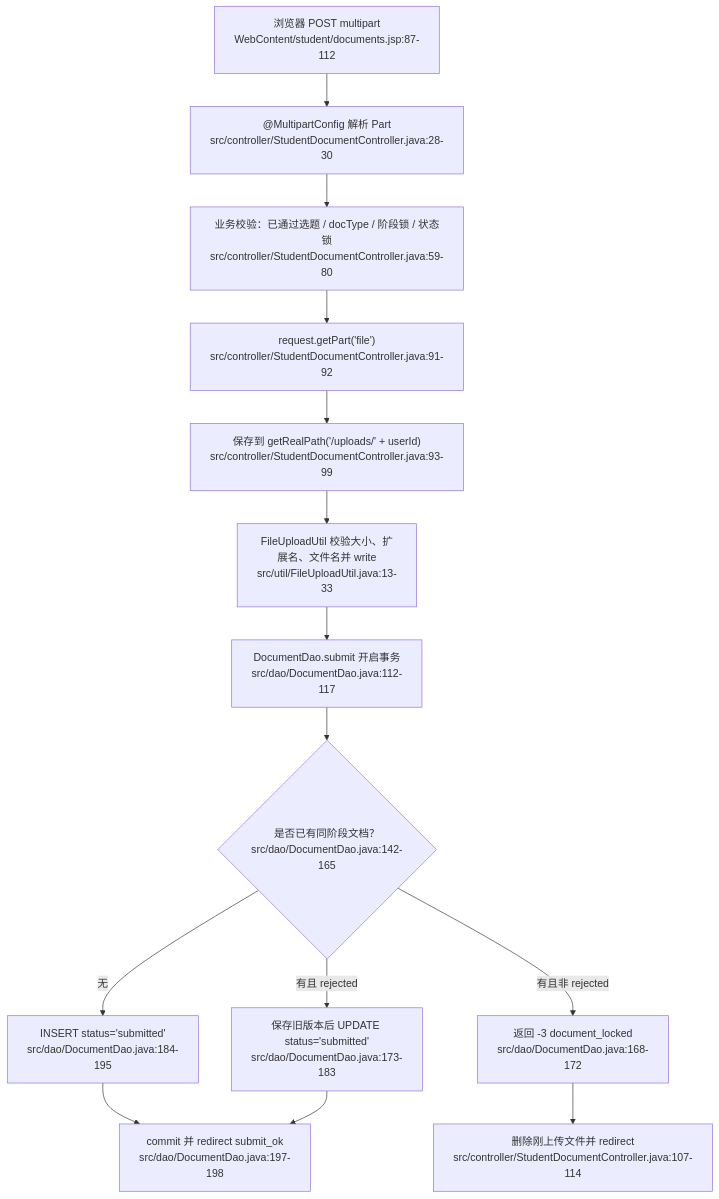
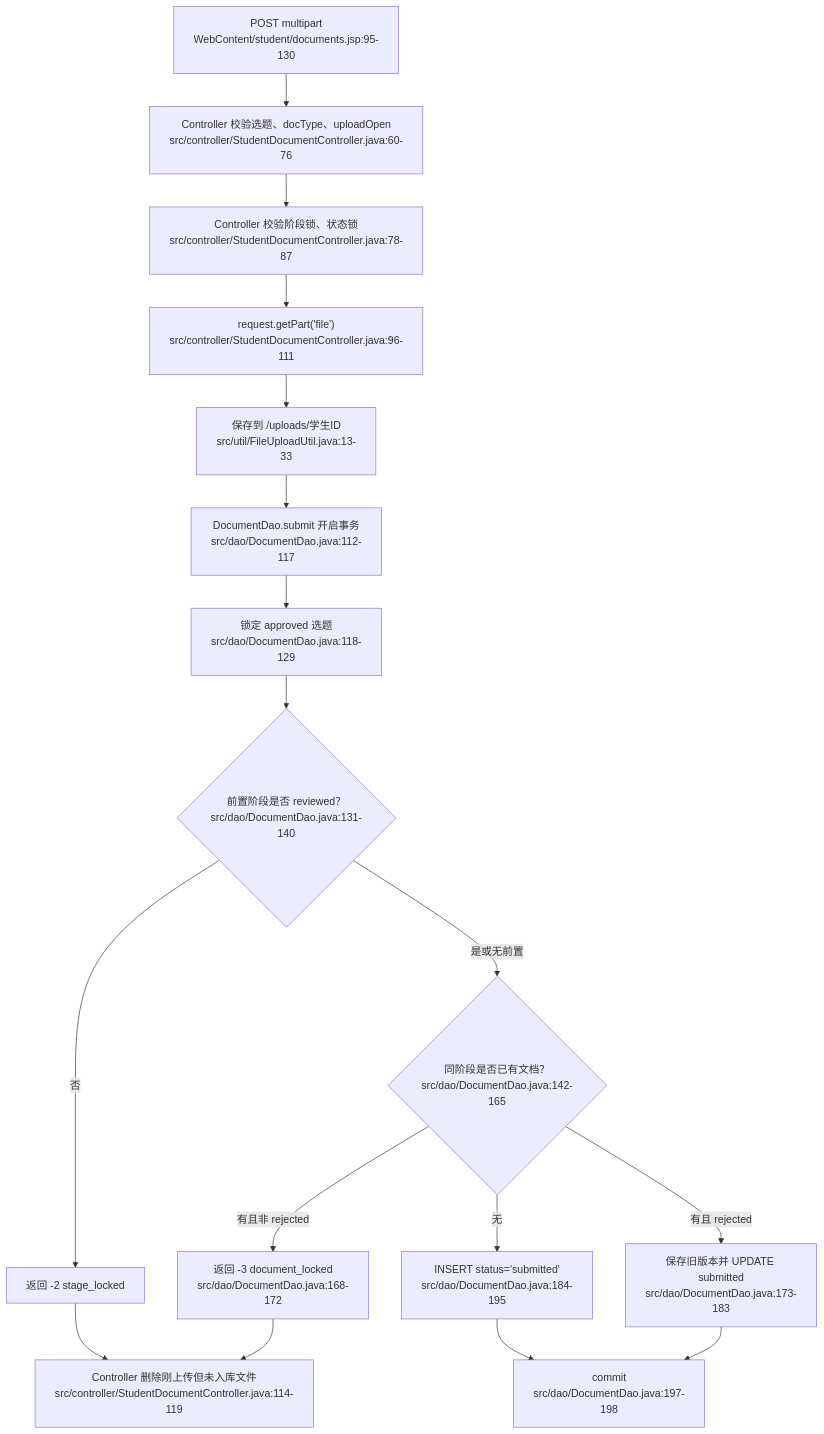
One commit to guangxiangdebizi/graduation-design-management-system changed the third of 11 diagrams in docs/网络数据流详解/parts/03-document-upload-download.md. Above: the diagram before and after it, drawn with Mermaid. The commit also changed other lines of this file and 8 other files, not shown here.

First line of the commit message:
refactor project documentation and enhance network data flow details

````diff
--- a/docs/网络数据流详解/parts/03-document-upload-download.md
+++ b/docs/网络数据流详解/parts/03-document-upload-download.md
@@ -245,16 +187,19 @@
 ```mermaid
 flowchart TD
-    A["浏览器 POST multipart<br/>WebContent/student/documents.jsp:87-112"] --> B["@MultipartConfig 解析 Part<br/>src/controller/StudentDocumentController.java:28-30"]
-    B --> C["业务校验：已通过选题 / docType / 阶段锁 / 状态锁<br/>src/controller/StudentDocumentController.java:59-80"]
-    C --> D["request.getPart('file')<br/>src/controller/StudentDocumentController.java:91-92"]
-    D --> E["保存到 getRealPath('/uploads/' + userId)<br/>src/controller/StudentDocumentController.java:93-99"]
-    E --> F["FileUploadUtil 校验大小、扩展名、文件名并 write<br/>src/util/FileUploadUtil.java:13-33"]
-    F --> G["DocumentDao.submit 开启事务<br/>src/dao/DocumentDao.java:112-117"]
-    G --> H{"是否已有同阶段文档？<br/>src/dao/DocumentDao.java:142-165"}
-    H -- "无" --> I["INSERT status='submitted'<br/>src/dao/DocumentDao.java:184-195"]
-    H -- "有且 rejected" --> J["保存旧版本后 UPDATE status='submitted'<br/>src/dao/DocumentDao.java:173-183"]
-    H -- "有且非 rejected" --> K["返回 -3 document_locked<br/>src/dao/DocumentDao.java:168-172"]
-    I --> L["commit 并 redirect submit_ok<br/>src/dao/DocumentDao.java:197-198"]
-    J --> L
-    K --> M["删除刚上传文件并 redirect<br/>src/controller/StudentDocumentController.java:107-114"]
+    A["POST multipart<br/>WebContent/student/documents.jsp:95-130"] --> B["Controller 校验选题、docType、uploadOpen<br/>src/controller/StudentDocumentController.java:60-76"]
+    B --> C["Controller 校验阶段锁、状态锁<br/>src/controller/StudentDocumentController.java:78-87"]
+    C --> D["request.getPart('file')<br/>src/controller/StudentDocumentController.java:96-111"]
+    D --> E["保存到 /uploads/学生ID<br/>src/util/FileUploadUtil.java:13-33"]
+    E --> F["DocumentDao.submit 开启事务<br/>src/dao/DocumentDao.java:112-117"]
+    F --> G["锁定 approved 选题<br/>src/dao/DocumentDao.java:118-129"]
+    G --> H{"前置阶段是否 reviewed？<br/>src/dao/DocumentDao.java:131-140"}
+    H -- "否" --> I["返回 -2 stage_locked"]
+    H -- "是或无前置" --> J{"同阶段是否已有文档？<br/>src/dao/DocumentDao.java:142-165"}
+    J -- "无" --> K["INSERT status='submitted'<br/>src/dao/DocumentDao.java:184-195"]
+    J -- "有且 rejected" --> L["保存旧版本并 UPDATE submitted<br/>src/dao/DocumentDao.java:173-183"]
+    J -- "有且非 rejected" --> M["返回 -3 document_locked<br/>src/dao/DocumentDao.java:168-172"]
+    K --> N["commit<br/>src/dao/DocumentDao.java:197-198"]
+    L --> N
+    I --> O["Controller 删除刚上传但未入库文件<br/>src/controller/StudentDocumentController.java:114-119"]
+    M --> O
 ```
````
